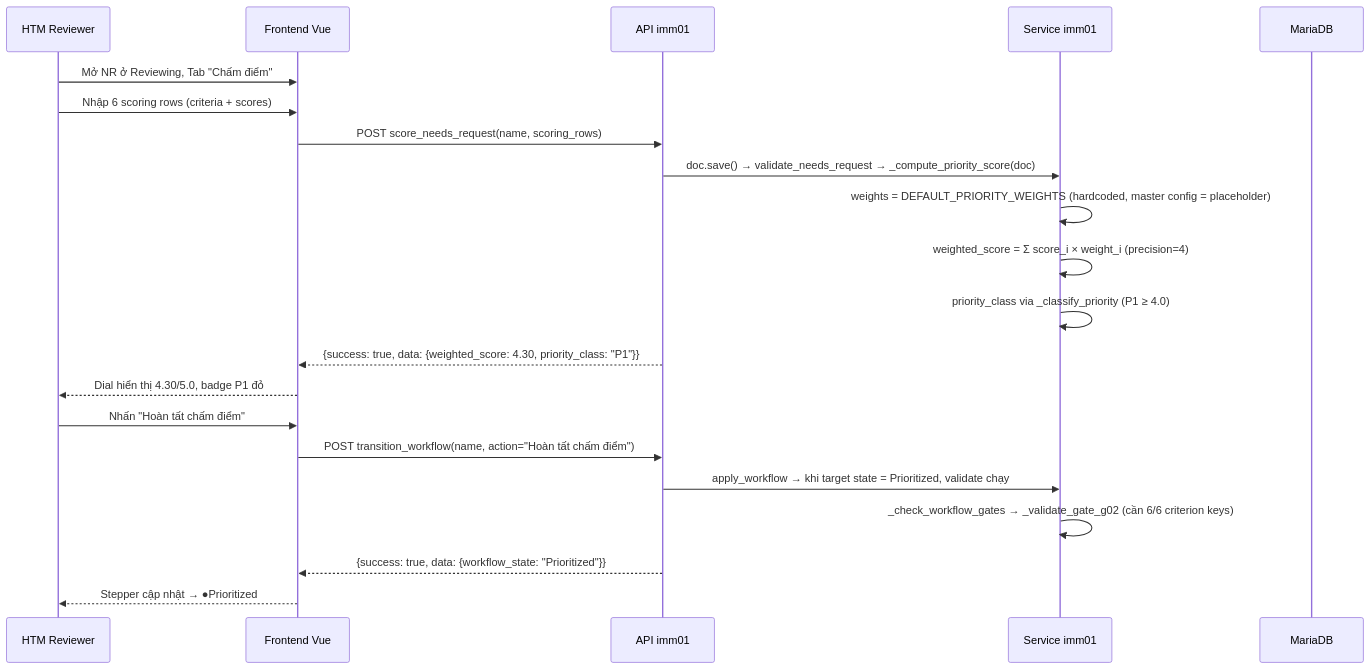
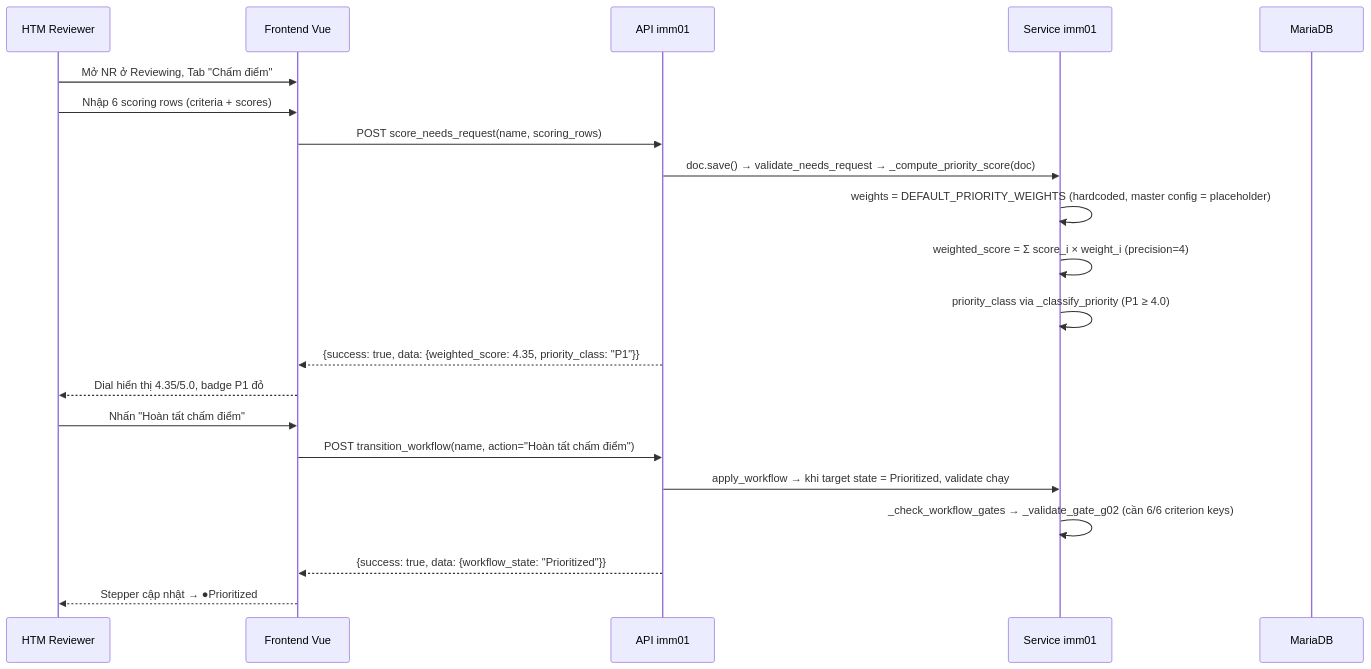
The fourth of 5 diagrams in docs/imm-01/03_Diagrams.md (mvl26/Assetcore), drawn with Mermaid before and after one commit. The commit also changed 83 other files, not shown here.

````diff
--- a/docs/imm-01/03_Diagrams.md
+++ b/docs/imm-01/03_Diagrams.md
@@ -296,25 +296,25 @@
 ```mermaid
 sequenceDiagram
     participant HTM as HTM Reviewer
     participant FE as Frontend Vue
     participant API as API imm01
     participant SVC as Service imm01
     participant DB as MariaDB
 
     HTM->>FE: Mở NR ở Reviewing, Tab "Chấm điểm"
     HTM->>FE: Nhập 6 scoring rows (criteria + scores)
     FE->>API: POST score_needs_request(name, scoring_rows)
     API->>SVC: doc.save() → validate_needs_request → _compute_priority_score(doc)
     SVC->>SVC: weights = DEFAULT_PRIORITY_WEIGHTS (hardcoded, master config = placeholder)
     SVC->>SVC: weighted_score = Σ score_i × weight_i (precision=4)
     SVC->>SVC: priority_class via _classify_priority (P1 ≥ 4.0)
-    API-->>FE: {success: true, data: {weighted_score: 4.30, priority_class: "P1"}}
-    FE-->>HTM: Dial hiển thị 4.30/5.0, badge P1 đỏ
+    API-->>FE: {success: true, data: {weighted_score: 4.35, priority_class: "P1"}}
+    FE-->>HTM: Dial hiển thị 4.35/5.0, badge P1 đỏ
 
     HTM->>FE: Nhấn "Hoàn tất chấm điểm"
     FE->>API: POST transition_workflow(name, action="Hoàn tất chấm điểm")
     API->>SVC: apply_workflow → khi target state = Prioritized, validate chạy
     SVC->>SVC: _check_workflow_gates → _validate_gate_g02 (cần 6/6 criterion keys)
     API-->>FE: {success: true, data: {workflow_state: "Prioritized"}}
     FE-->>HTM: Stepper cập nhật → ●Prioritized
 ```
````
